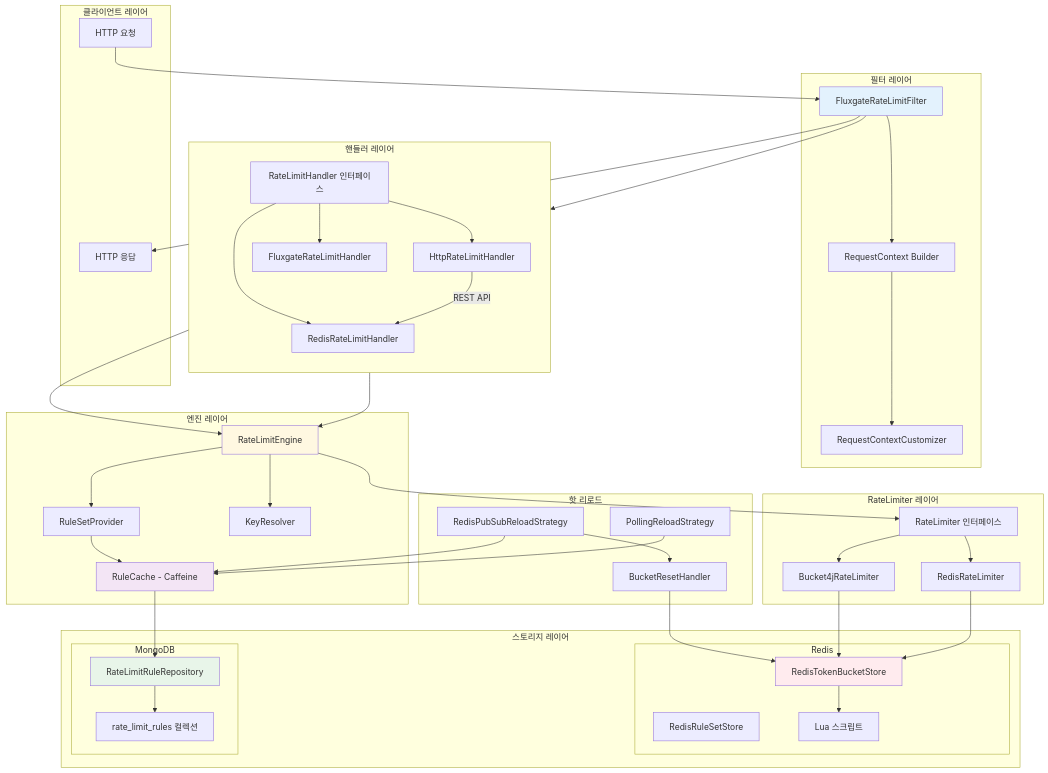
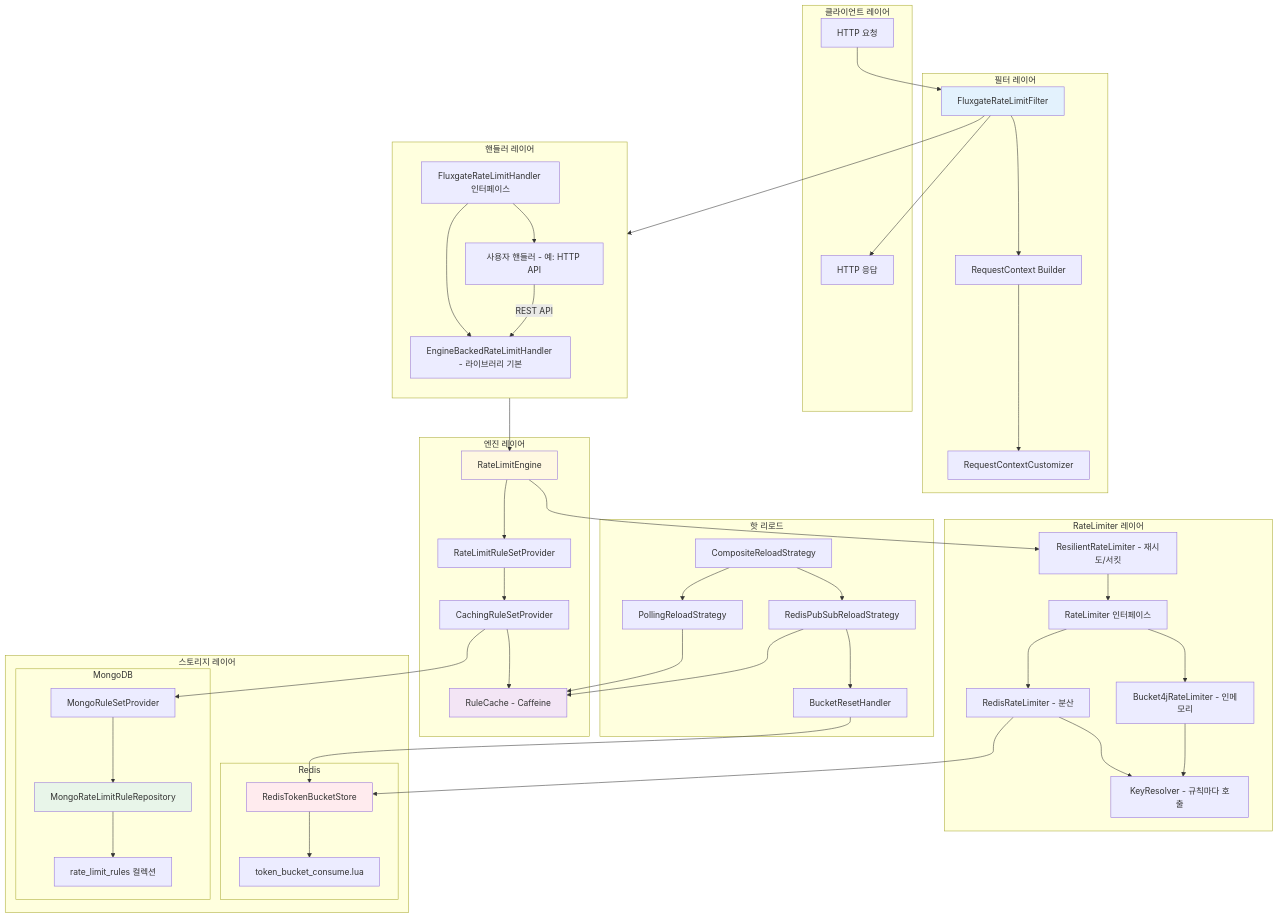
The diagram in docs/ARCHITECTURE_DEEP_DIVE.ko.md (OpenFluxGate/fluxgate), drawn with Mermaid before and after one commit. The commit also changed other lines of this file and 33 other files, not shown here.

```diff
--- a/docs/ARCHITECTURE_DEEP_DIVE.ko.md
+++ b/docs/ARCHITECTURE_DEEP_DIVE.ko.md
@@ -33,38 +33,40 @@
 
     subgraph Handler["핸들러 레이어"]
         direction TB
-        HI[RateLimitHandler 인터페이스]
-        RH[RedisRateLimitHandler]
-        HH[HttpRateLimitHandler]
-        FH[FluxgateRateLimitHandler]
+        HI[FluxgateRateLimitHandler 인터페이스]
+        EBH[EngineBackedRateLimitHandler - 라이브러리 기본]
+        HH[사용자 핸들러 - 예: HTTP API]
     end
 
     subgraph Engine["엔진 레이어"]
         ENG[RateLimitEngine]
-        PROV[RuleSetProvider]
+        PROV[RateLimitRuleSetProvider]
+        CPROV[CachingRuleSetProvider]
         CACHE[RuleCache - Caffeine]
-        KEY[KeyResolver]
     end
 
     subgraph RateLimiter["RateLimiter 레이어"]
+        RES_RL[ResilientRateLimiter - 재시도/서킷]
         RL[RateLimiter 인터페이스]
-        B4J[Bucket4jRateLimiter]
-        RRL[RedisRateLimiter]
+        B4J[Bucket4jRateLimiter - 인메모리]
+        RRL[RedisRateLimiter - 분산]
+        KEY[KeyResolver - 규칙마다 호출]
     end
 
     subgraph Storage["스토리지 레이어"]
         subgraph Redis["Redis"]
             TBS[RedisTokenBucketStore]
-            RSS[RedisRuleSetStore]
-            LUA[Lua 스크립트]
+            LUA[token_bucket_consume.lua]
         end
         subgraph MongoDB["MongoDB"]
-            REPO[RateLimitRuleRepository]
+            MPROV[MongoRuleSetProvider]
+            REPO[MongoRateLimitRuleRepository]
             COLL[rate_limit_rules 컬렉션]
         end
     end
 
     subgraph Reload["핫 리로드"]
+        COMP[CompositeReloadStrategy]
         POLL[PollingReloadStrategy]
         PUBSUB[RedisPubSubReloadStrategy]
         RESET[BucketResetHandler]
@@ -74,19 +76,23 @@
     FLT --> REQ_CTX
     REQ_CTX --> CUST
     FLT --> HI
-    HI --> RH & HH & FH
-    RH & FH --> ENG
-    HH -->|REST API| RH
+    HI --> EBH & HH
+    EBH --> ENG
+    HH -->|REST API| EBH
     ENG --> PROV
-    PROV --> CACHE
-    CACHE --> REPO
-    ENG --> KEY
-    ENG --> RL
+    PROV --> CPROV
+    CPROV --> CACHE
+    CPROV --> MPROV
+    MPROV --> REPO
+    ENG --> RES_RL
+    RES_RL --> RL
     RL --> B4J & RRL
+    RRL --> KEY
+    B4J --> KEY
     RRL --> TBS
     TBS --> LUA
-    B4J --> TBS
     REPO --> COLL
+    COMP --> POLL & PUBSUB
     POLL --> CACHE
     PUBSUB --> CACHE
     PUBSUB --> RESET
```
